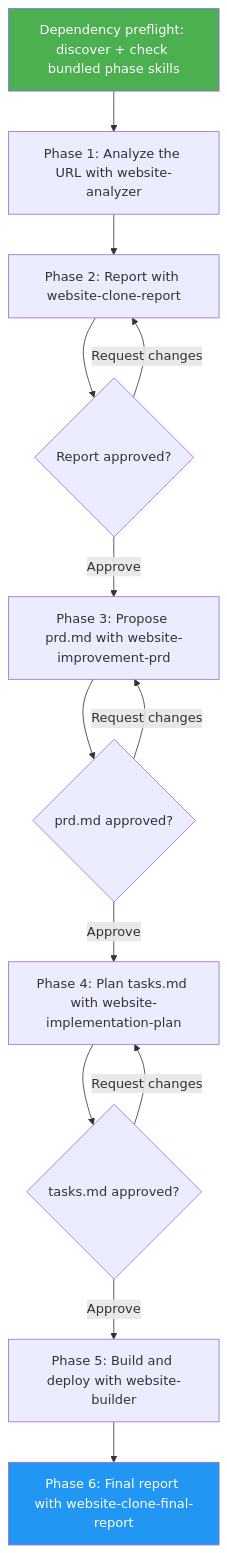
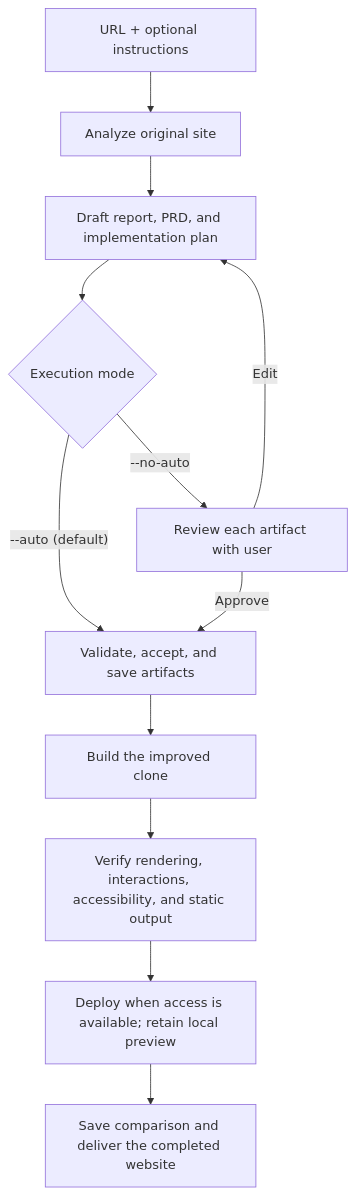
The diagram in .agents/skills/website-cloner/docs/README.md (luongnv89/bettersite), drawn with Mermaid before and after one commit. The commit also changed other lines of this file and 15 other files, not shown here.

Commit message:
feat(skills): make website-cloner autonomous by default (#3)

````diff
--- a/.agents/skills/website-cloner/docs/README.md
+++ b/.agents/skills/website-cloner/docs/README.md
@@ -29,17 +31,14 @@
 ```mermaid
 graph TD
-    A["Dependency preflight: discover + check bundled phase skills"] --> B["Phase 1: Analyze the URL with website-analyzer"]
-    B --> C["Phase 2: Report with website-clone-report"]
-    C --> D{"Report approved?"}
-    D -->|Request changes| C
-    D -->|Approve| E["Phase 3: Propose prd.md with website-improvement-prd"]
-    E --> F{"prd.md approved?"}
-    F -->|Request changes| E
-    F -->|Approve| G["Phase 4: Plan tasks.md with website-implementation-plan"]
-    G --> H{"tasks.md approved?"}
-    H -->|Request changes| G
-    H -->|Approve| I["Phase 5: Build and deploy with website-builder"]
-    I --> J["Phase 6: Final report with website-clone-final-report"]
-    style A fill:#4CAF50,color:#fff
-    style J fill:#2196F3,color:#fff
+    A["URL + optional instructions"] --> B["Analyze original site"]
+    B --> C["Draft report, PRD, and implementation plan"]
+    C --> D{"Execution mode"}
+    D -->|"--auto (default)"| E["Validate, accept, and save artifacts"]
+    D -->|"--no-auto"| F["Review each artifact with user"]
+    F -->|Approve| E
+    F -->|Edit| C
+    E --> G["Build the improved clone"]
+    G --> H["Verify rendering, interactions, accessibility, and static output"]
+    H --> I["Deploy when access is available; retain local preview"]
+    I --> J["Save comparison and deliver the completed website"]
 ```
````
